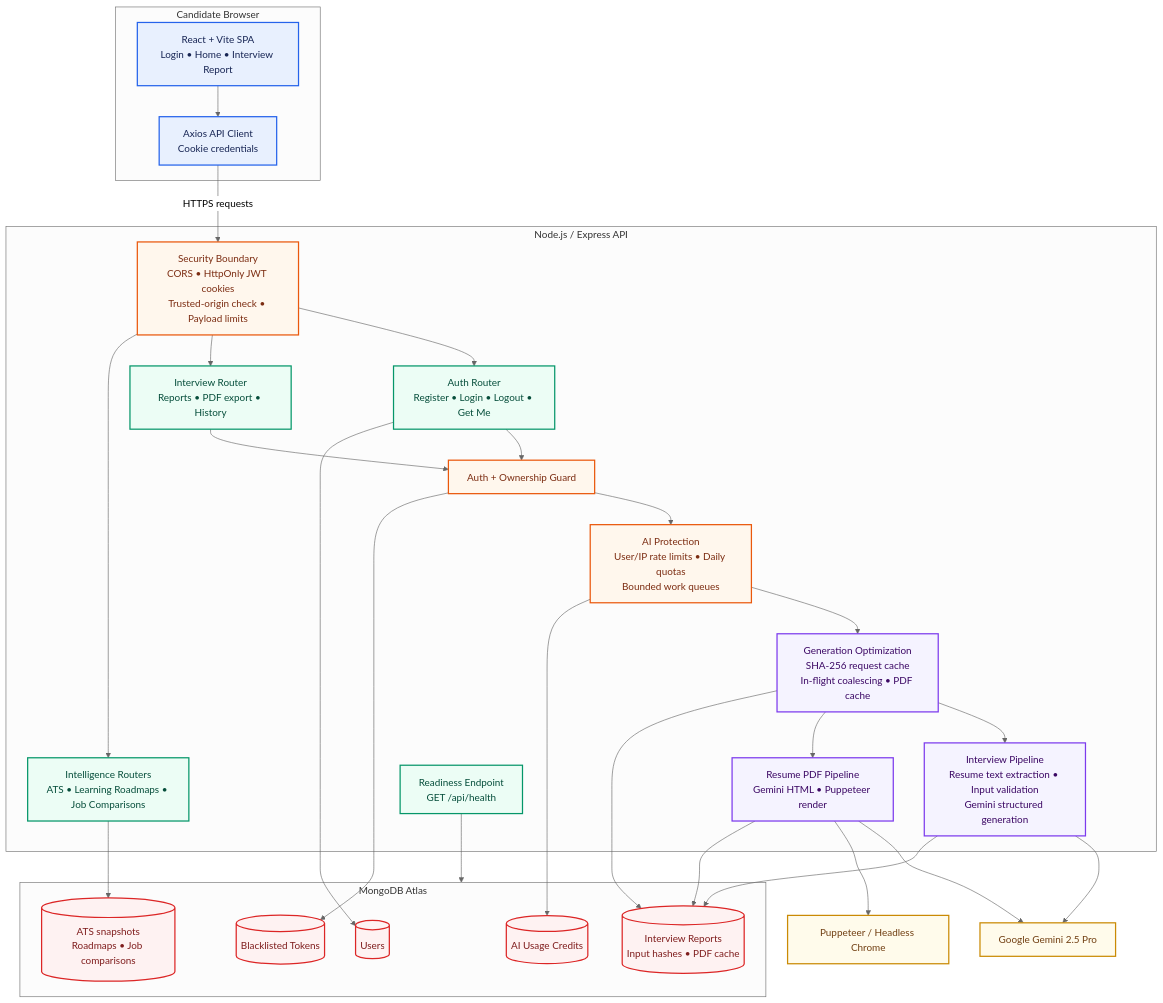
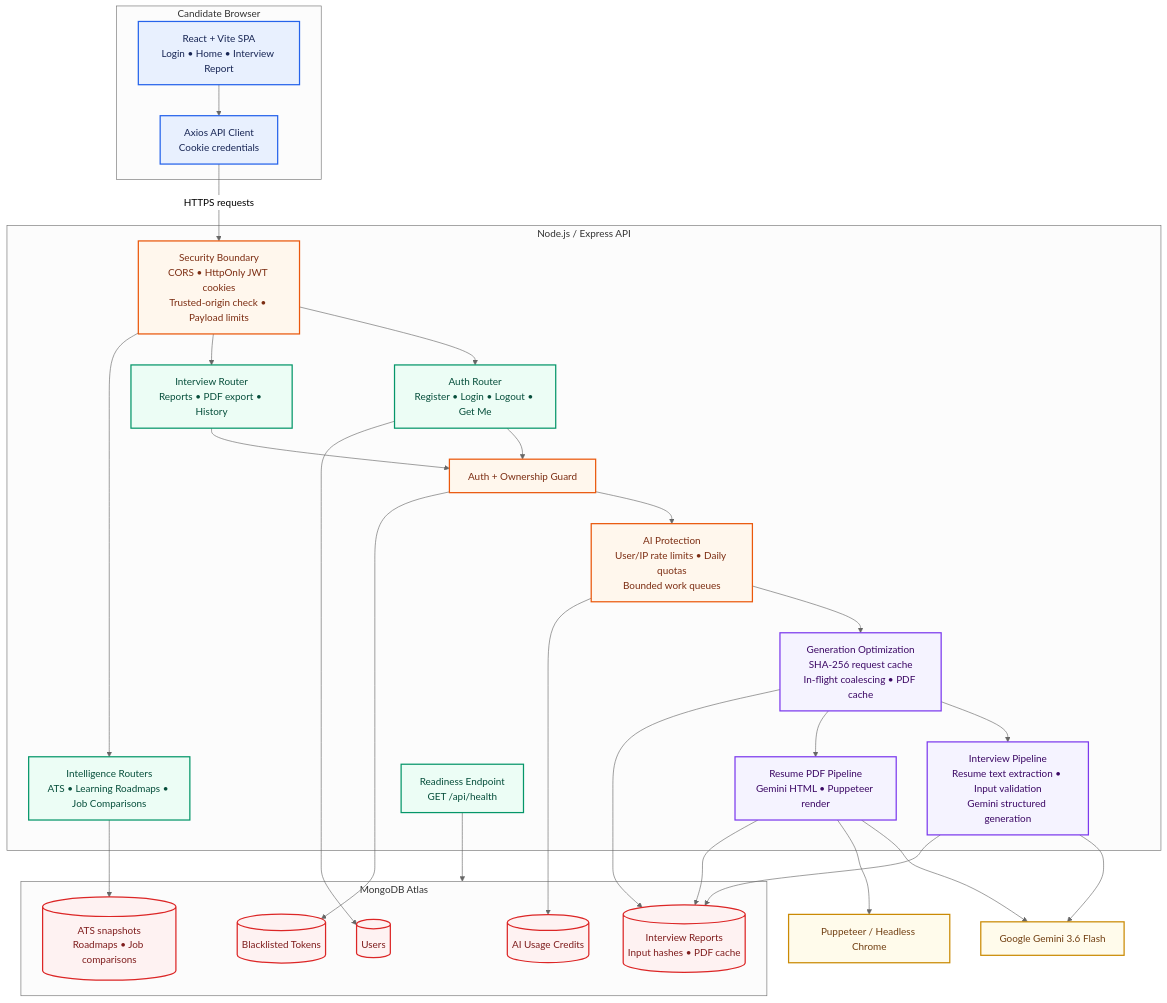
One commit to Nihalani2004/CareerPilot-AI changed the diagram in README.md. Above: the diagram before and after it, drawn with Mermaid (neutral theme). The commit also changed other lines of this file and 4 other files, not shown here.

````diff
--- a/README.md
+++ b/README.md
@@ -46,61 +46,61 @@
 ```mermaid
 flowchart TB
     classDef client fill:#E8F0FE,stroke:#2563EB,color:#172554,stroke-width:2px
     classDef api fill:#ECFDF5,stroke:#059669,color:#064E3B,stroke-width:2px
     classDef guard fill:#FFF7ED,stroke:#EA580C,color:#7C2D12,stroke-width:2px
     classDef service fill:#F5F3FF,stroke:#7C3AED,color:#3B0764,stroke-width:2px
     classDef data fill:#FEF2F2,stroke:#DC2626,color:#7F1D1D,stroke-width:2px
     classDef external fill:#FFFBEB,stroke:#CA8A04,color:#713F12,stroke-width:2px
 
     subgraph Browser[Candidate Browser]
         React[React + Vite SPA\nLogin • Home • Interview Report]:::client
         ApiClient[Axios API Client\nCookie credentials]:::client
         React --> ApiClient
     end
 
     subgraph API[Node.js / Express API]
         Security[Security Boundary\nCORS • HttpOnly JWT cookies\nTrusted-origin check • Payload limits]:::guard
         Auth[Auth Router\nRegister • Login • Logout • Get Me]:::api
         Interview[Interview Router\nReports • PDF export • History]:::api
         Intelligence[Intelligence Routers\nATS • Learning Roadmaps • Job Comparisons]:::api
         AuthGuard[Auth + Ownership Guard]:::guard
         Limits[AI Protection\nUser/IP rate limits • Daily quotas\nBounded work queues]:::guard
         Cache[Generation Optimization\nSHA-256 request cache\nIn-flight coalescing • PDF cache]:::service
         Pipeline[Interview Pipeline\nResume text extraction • Input validation\nGemini structured generation]:::service
         Pdf[Resume PDF Pipeline\nGemini HTML • Puppeteer render]:::service
         Health[Readiness Endpoint\nGET /api/health]:::api
 
         Security --> Auth
         Security --> Interview
         Security --> Intelligence
         Auth --> AuthGuard
         Interview --> AuthGuard --> Limits
         Limits --> Cache
         Cache --> Pipeline
         Cache --> Pdf
     end
 
     subgraph Storage[MongoDB Atlas]
         Users[(Users)]:::data
         Reports[(Interview Reports\nInput hashes • PDF cache)]:::data
         Insights[(ATS snapshots\nRoadmaps • Job comparisons)]:::data
         Usage[(AI Usage Credits)]:::data
         Blacklist[(Blacklisted Tokens)]:::data
     end
 
-    Gemini[Google Gemini 2.5 Pro]:::external
+    Gemini[Google Gemini 3.6 Flash]:::external
     Puppeteer[Puppeteer / Headless Chrome]:::external
 
     ApiClient -->|HTTPS requests| Security
     Auth --> Users
     AuthGuard --> Blacklist
     Limits --> Usage
     Cache --> Reports
     Intelligence --> Insights
     Pipeline --> Gemini
     Pdf --> Gemini
     Pdf --> Puppeteer
     Pipeline --> Reports
     Pdf --> Reports
     Health --> Storage
 ```
````
